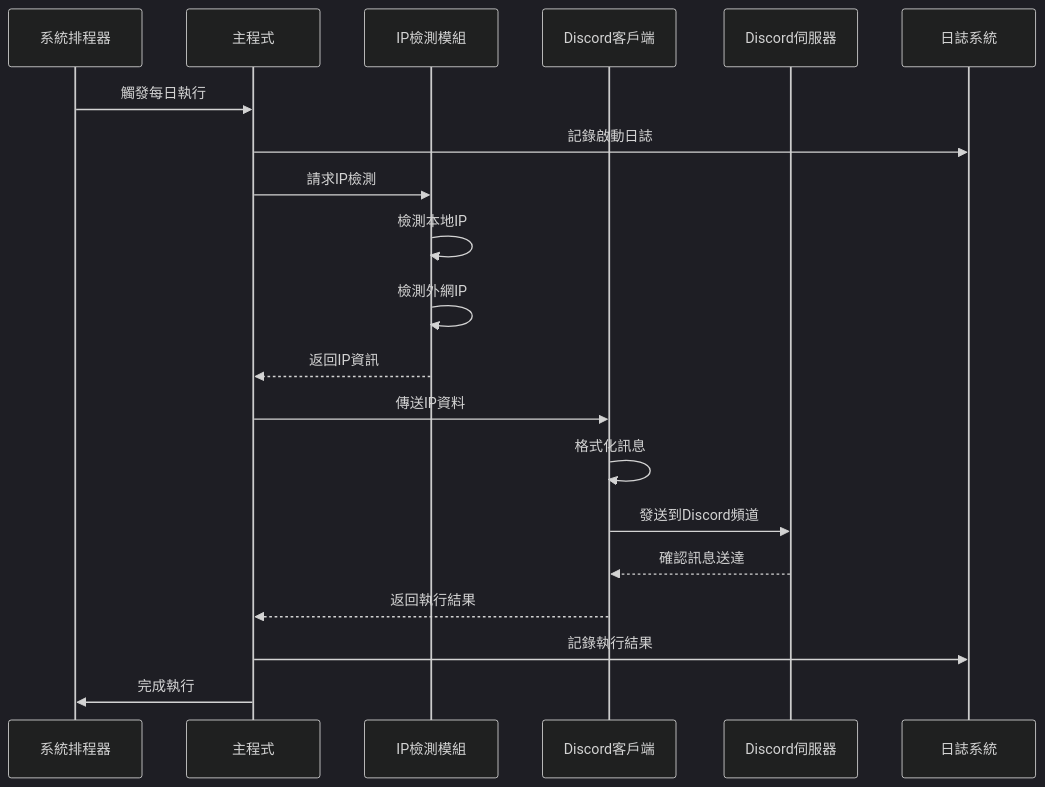
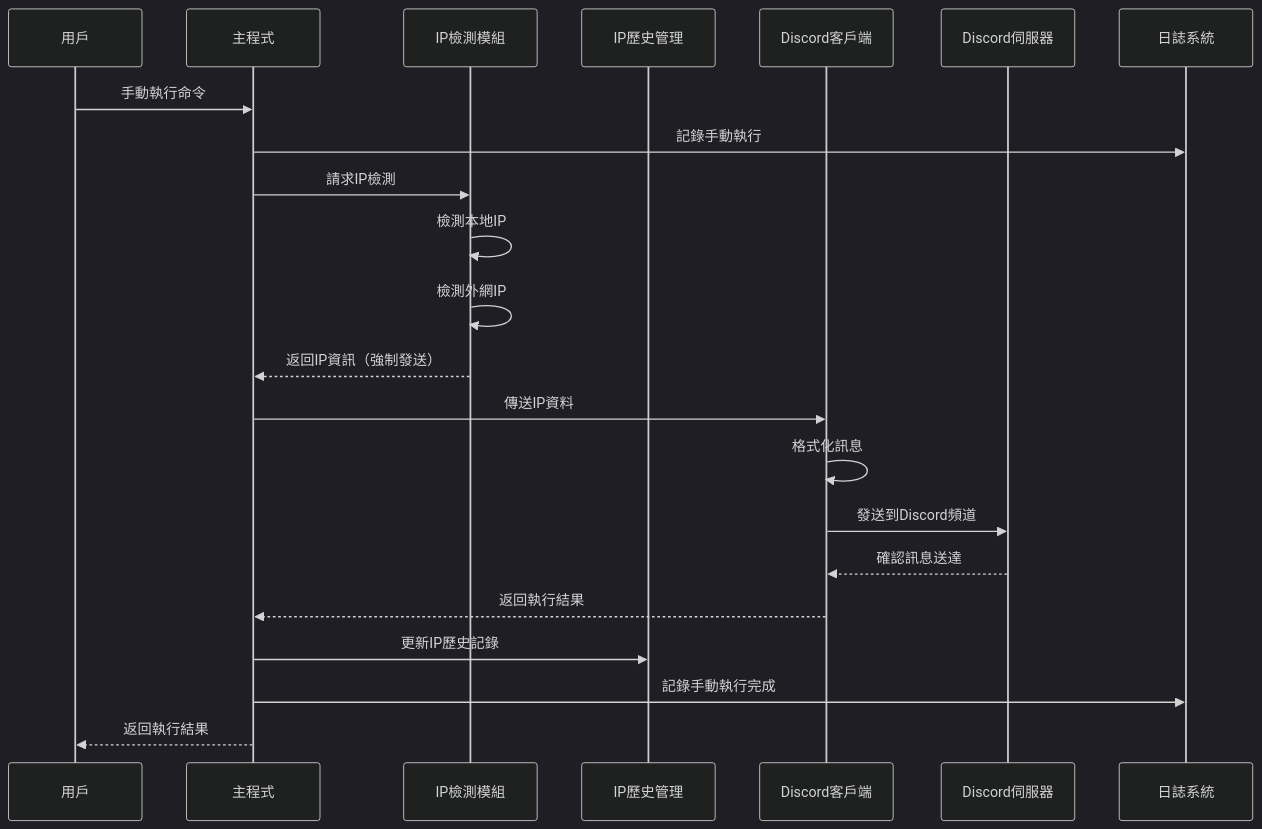
Before and after one commit to zhaungsont/discord-IP-bot: the third of 3 diagrams in spec.md, drawn with Mermaid (dark theme). The commit also changed other lines of this file and 8 other files, not shown here.

````diff
--- a/spec.md
+++ b/spec.md
@@ -145,23 +213,25 @@
 ```mermaid
 sequenceDiagram
-    participant S as 系統排程器
+    participant U as 用戶
     participant M as 主程式
     participant IP as IP檢測模組
+    participant H as IP歷史管理
     participant DC as Discord客戶端
     participant D as Discord伺服器
     participant L as 日誌系統
 
-    S->>M: 觸發每日執行
-    M->>L: 記錄啟動日誌
+    U->>M: 手動執行命令
+    M->>L: 記錄手動執行
     M->>IP: 請求IP檢測
     IP->>IP: 檢測本地IP
     IP->>IP: 檢測外網IP
-    IP-->>M: 返回IP資訊
+    IP-->>M: 返回IP資訊（強制發送）
     M->>DC: 傳送IP資料
     DC->>DC: 格式化訊息
     DC->>D: 發送到Discord頻道
     D-->>DC: 確認訊息送達
     DC-->>M: 返回執行結果
-    M->>L: 記錄執行結果
-    M->>S: 完成執行
+    M->>H: 更新IP歷史記錄
+    M->>L: 記錄手動執行完成
+    M-->>U: 返回執行結果
 ```
````
